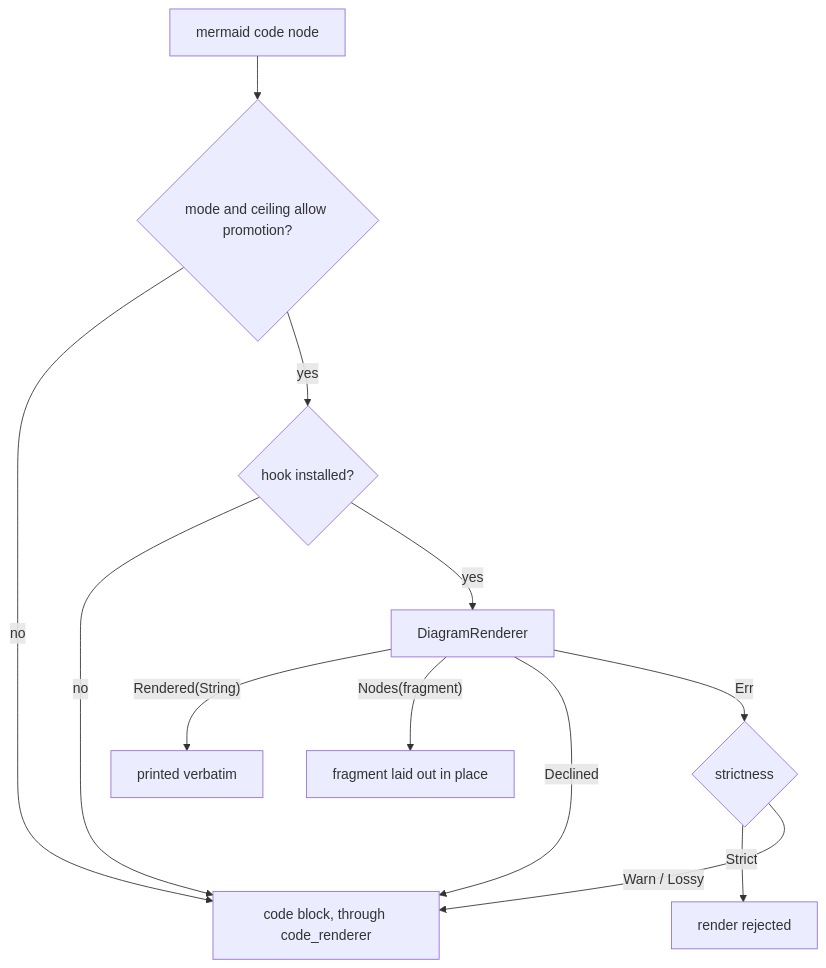
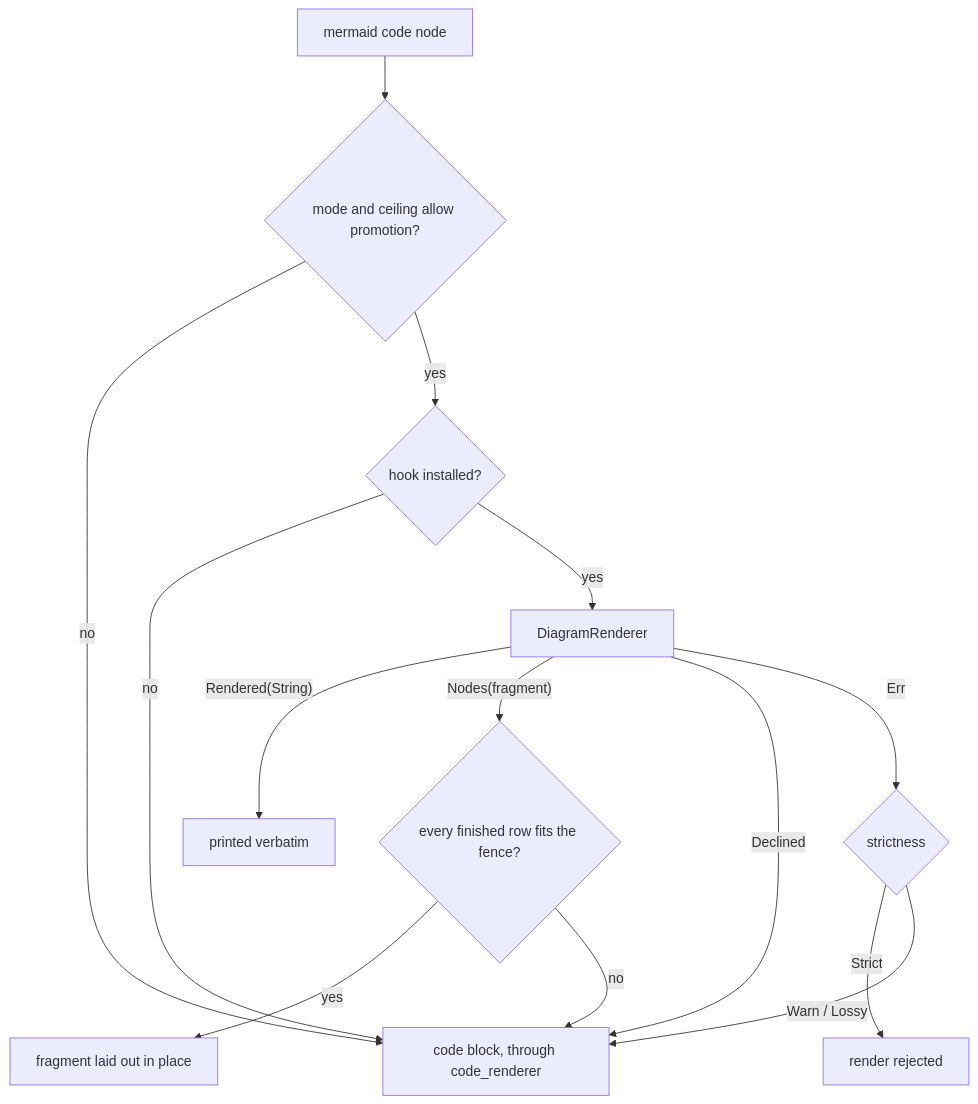
The first of 2 diagrams in renderable/docs/tree-rendering.md (yankeeinlondon/rusty-biscuit), drawn with Mermaid before and after one commit. The commit also changed other lines of this file and 39 other files, not shown here.

First line of the commit message:
feat: improve Mermaid terminal presentation and fallback

````diff
--- a/renderable/docs/tree-rendering.md
+++ b/renderable/docs/tree-rendering.md
@@ -207,14 +207,16 @@
 ```mermaid
 flowchart TD
     F[mermaid code node] --> P{mode and ceiling allow promotion?}
     P -- no --> C[code block, through code_renderer]
     P -- yes --> H{hook installed?}
     H -- no --> C
     H -- yes --> R[DiagramRenderer]
     R -- "Rendered(String)" --> O[printed verbatim]
-    R -- "Nodes(fragment)" --> N[fragment laid out in place]
+    R -- "Nodes(fragment)" --> W{every finished row fits the fence?}
+    W -- yes --> N[fragment laid out in place]
+    W -- no --> C
     R -- Declined --> C
     R -- Err --> S{strictness}
     S -- Strict --> X[render rejected]
     S -- "Warn / Lossy" --> C
 ```
````
